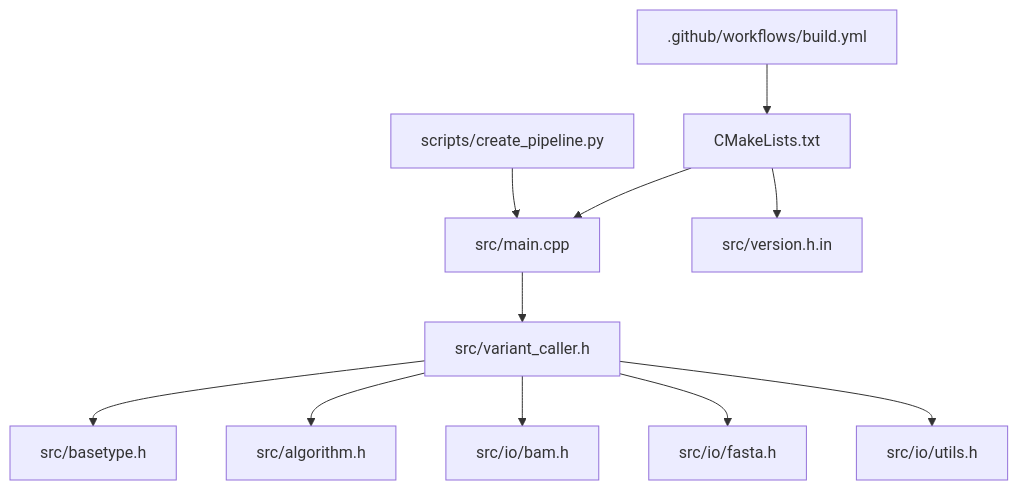
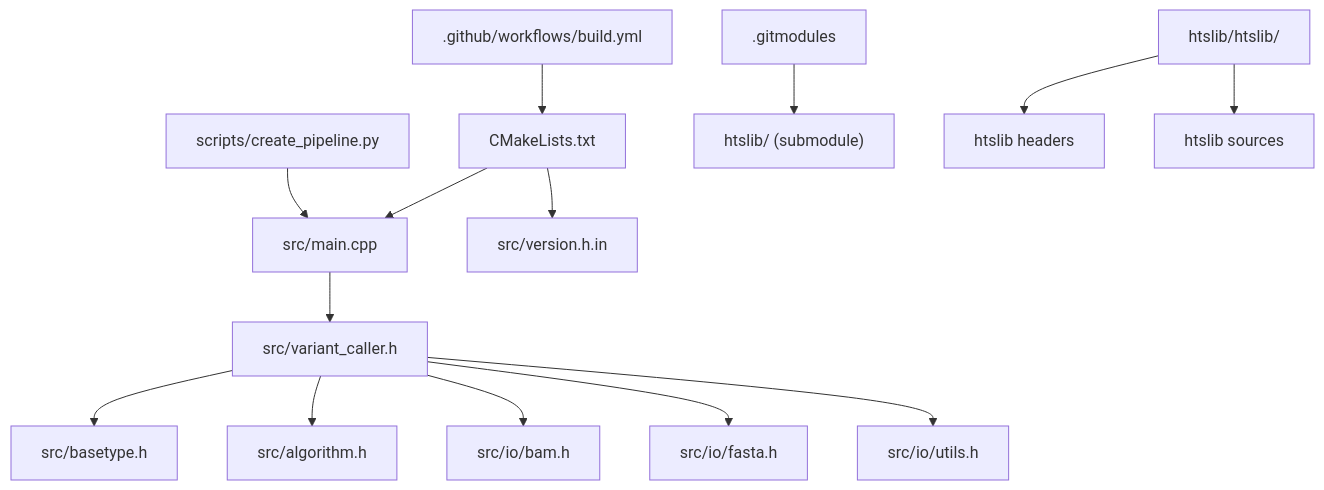
Before and after one commit to ShujiaHuang/BaseVar2: the first of 9 diagrams in .qoder/repowiki/en/content/Developer Guide.md, drawn with Mermaid. The commit also changed other lines of this file and 6 other files, not shown here.

````diff
--- a/.qoder/repowiki/en/content/Developer Guide.md
+++ b/.qoder/repowiki/en/content/Developer Guide.md
@@ -55,13 +65,16 @@
 ```mermaid
 graph TB
 A["src/main.cpp"] --> B["src/variant_caller.h"]
 B --> C["src/basetype.h"]
 B --> D["src/algorithm.h"]
 B --> E["src/io/bam.h"]
 B --> F["src/io/fasta.h"]
 B --> G["src/io/utils.h"]
 H["CMakeLists.txt"] --> A
 H --> I["src/version.h.in"]
 J[".github/workflows/build.yml"] --> H
 K["scripts/create_pipeline.py"] --> A
+L[".gitmodules"] --> M["htslib/ (submodule)"]
+N["htslib/htslib/"] --> O["htslib headers"]
+N --> P["htslib sources"]
 ```
````
